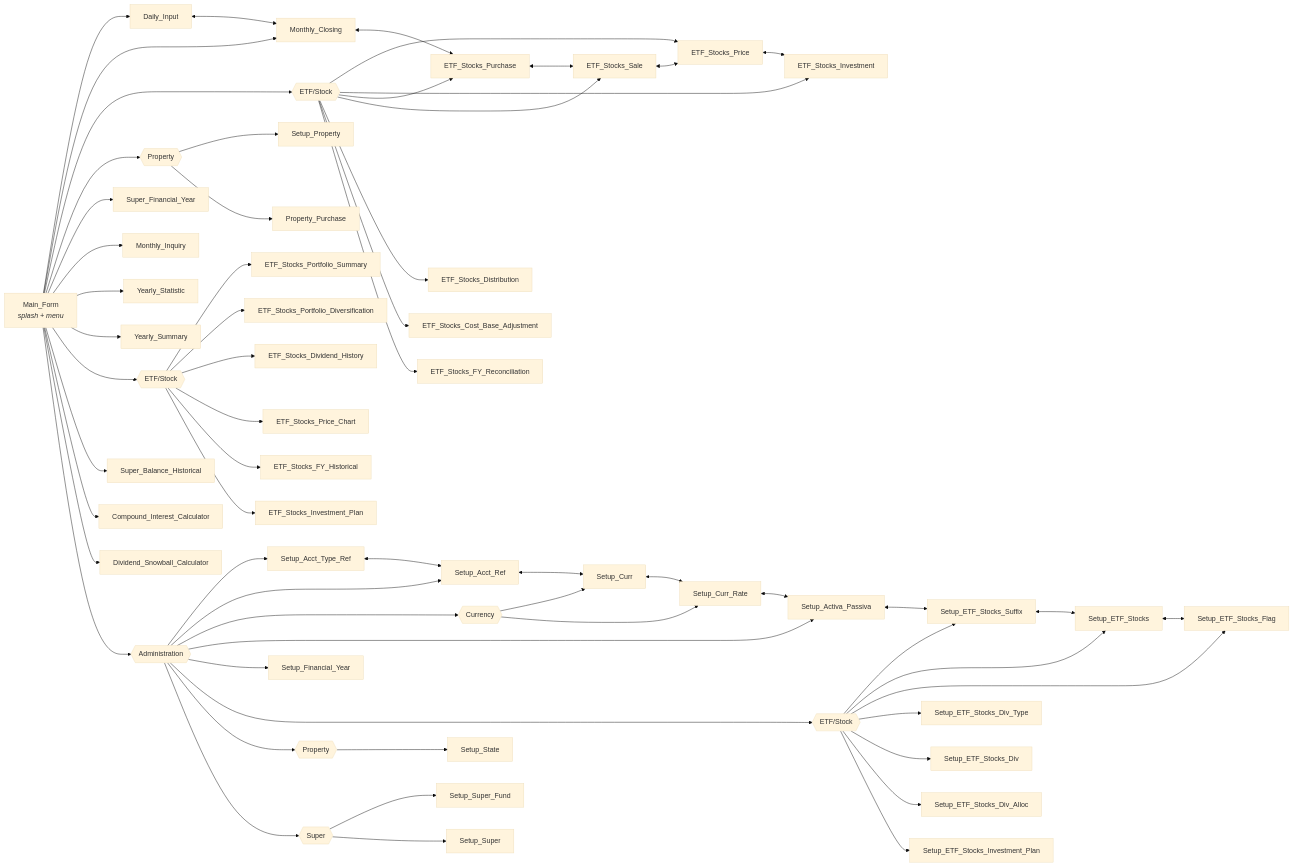
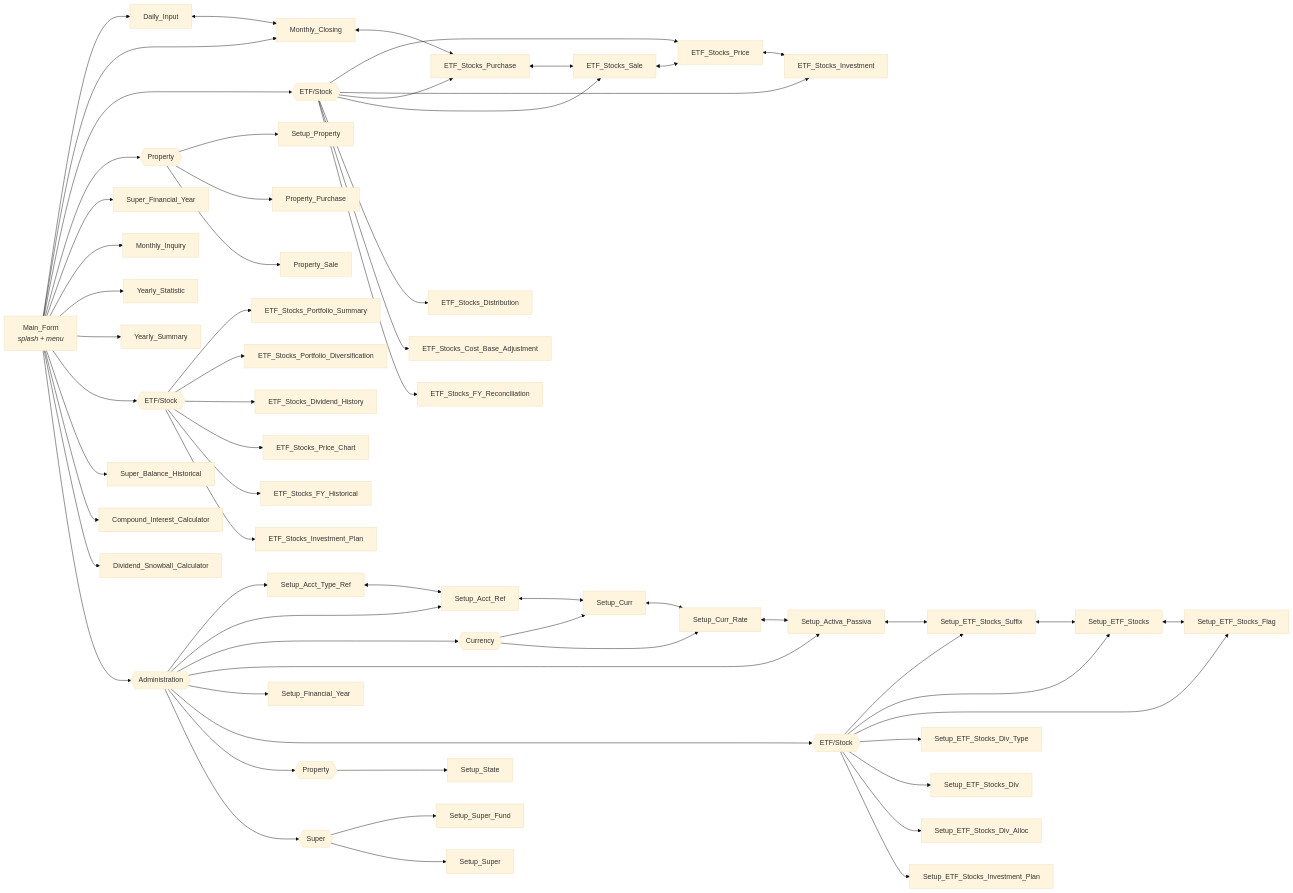
Before and after one commit to oscar-rijadi/FinancialBalance: the second of 3 diagrams in README.md, drawn with Mermaid (base theme). The commit also changed other lines of this file and 57 other files, not shown here.

````diff
--- a/README.md
+++ b/README.md
@@ -109,68 +109,69 @@
 ```mermaid
 flowchart LR
     MAIN["Main_Form<br/><i>splash + menu</i>"]
 
     MAIN --> DI["Daily_Input"]
     MAIN --> MC["Monthly_Closing"]
     MAIN --> PETFG{{"ETF/Stock"}}
     PETFG --> ETP["ETF_Stocks_Price"]
     PETFG --> ETI["ETF_Stocks_Investment"]
     PETFG --> ETB["ETF_Stocks_Purchase"]
     PETFG --> ETS["ETF_Stocks_Sale"]
     PETFG --> ETD["ETF_Stocks_Distribution"]
     PETFG --> ECB["ETF_Stocks_Cost_Base_Adjustment"]
     PETFG --> ETR["ETF_Stocks_FY_Reconciliation"]
     MAIN --> PPROPG{{"Property"}}
     PPROPG --> SPROP["Setup_Property"]
     PPROPG --> PPUR["Property_Purchase"]
+    PPROPG --> PSAL["Property_Sale"]
     MAIN --> SFYP["Super_Financial_Year"]
     MAIN --> MI["Monthly_Inquiry"]
     MAIN --> YT["Yearly_Statistic"]
     MAIN --> YS["Yearly_Summary"]
     MAIN --> PORTG{{"ETF/Stock"}}
     PORTG --> PSUM["ETF_Stocks_Portfolio_Summary"]
     PORTG --> PDIV["ETF_Stocks_Portfolio_Diversification"]
     PORTG --> PDVH["ETF_Stocks_Dividend_History"]
     PORTG --> PPCH["ETF_Stocks_Price_Chart"]
     PORTG --> PFYH["ETF_Stocks_FY_Historical"]
     PORTG --> PIVP["ETF_Stocks_Investment_Plan"]
     MAIN --> SBH["Super_Balance_Historical"]
     MAIN --> CIC["Compound_Interest_Calculator"]
     MAIN --> DSC["Dividend_Snowball_Calculator"]
 
     MAIN --> ADMIN{{"Administration"}}
     ADMIN --> SATR["Setup_Acct_Type_Ref"]
     ADMIN --> SAR["Setup_Acct_Ref"]
     ADMIN --> CURG{{"Currency"}}
     CURG --> SC["Setup_Curr"]
     CURG --> SCR["Setup_Curr_Rate"]
     ADMIN --> SAP["Setup_Activa_Passiva"]
     ADMIN --> SFY["Setup_Financial_Year"]
     ADMIN --> ETFG{{"ETF/Stock"}}
     ETFG --> SES["Setup_ETF_Stocks_Suffix"]
     ETFG --> SET["Setup_ETF_Stocks"]
     ETFG --> SEF["Setup_ETF_Stocks_Flag"]
     ETFG --> SDT["Setup_ETF_Stocks_Div_Type"]
     ETFG --> SDV["Setup_ETF_Stocks_Div"]
     ETFG --> SDA["Setup_ETF_Stocks_Div_Alloc"]
     ETFG --> SIP["Setup_ETF_Stocks_Investment_Plan"]
     ADMIN --> PROPG{{"Property"}}
     PROPG --> SST["Setup_State"]
     ADMIN --> SUPG{{"Super"}}
     SUPG --> SSF["Setup_Super_Fund"]
     SUPG --> SSU["Setup_Super"]
 
     DI <--> MC
     MC <--> ETB
     ETB <--> ETS
     ETS <--> ETP
     ETP <--> ETI
 
     SATR <--> SAR
     SAR <--> SC
     SC <--> SCR
     SCR <--> SAP
     SAP <--> SES
     SES <--> SET
     SET <--> SEF
 ```
````
